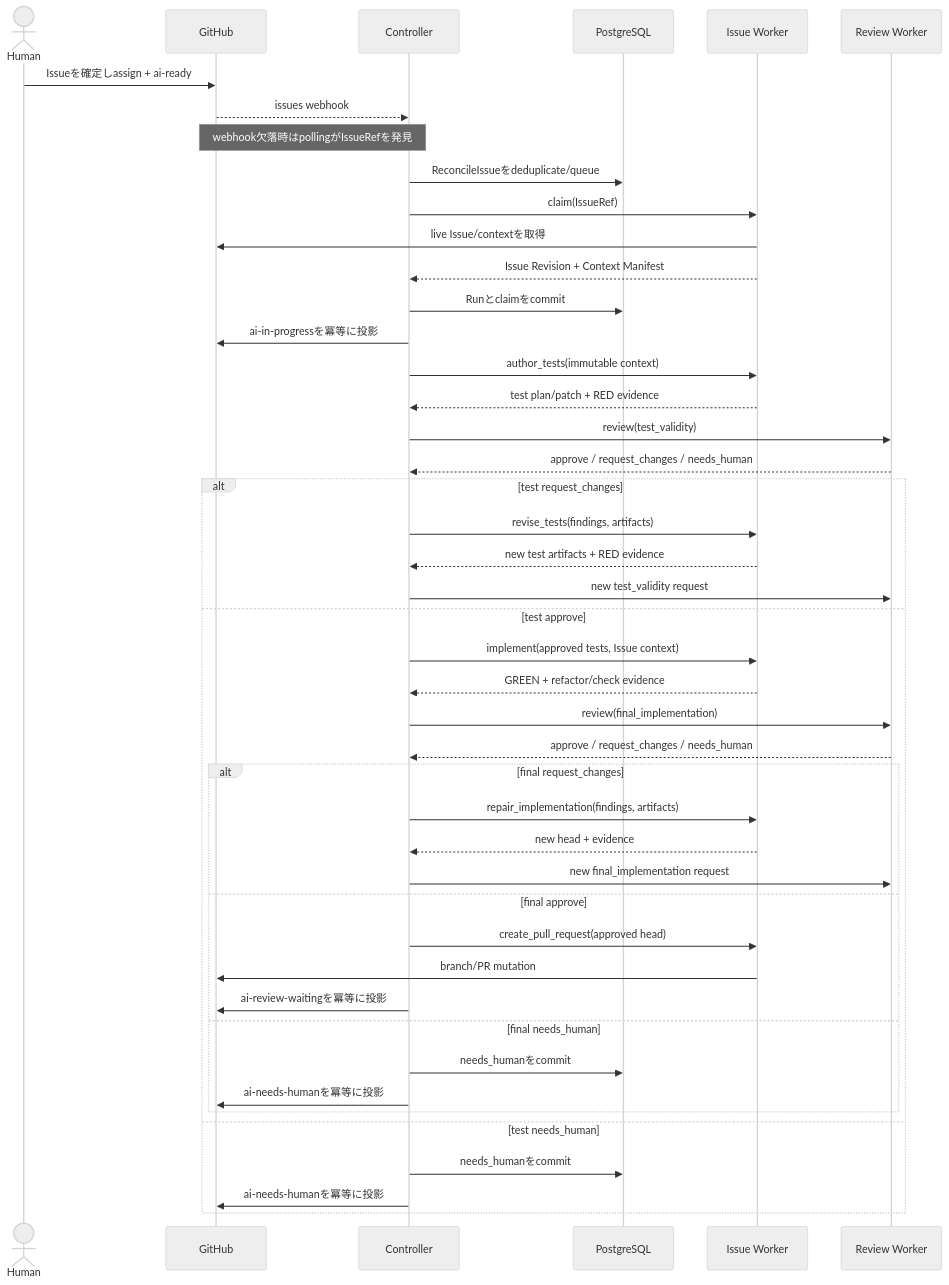
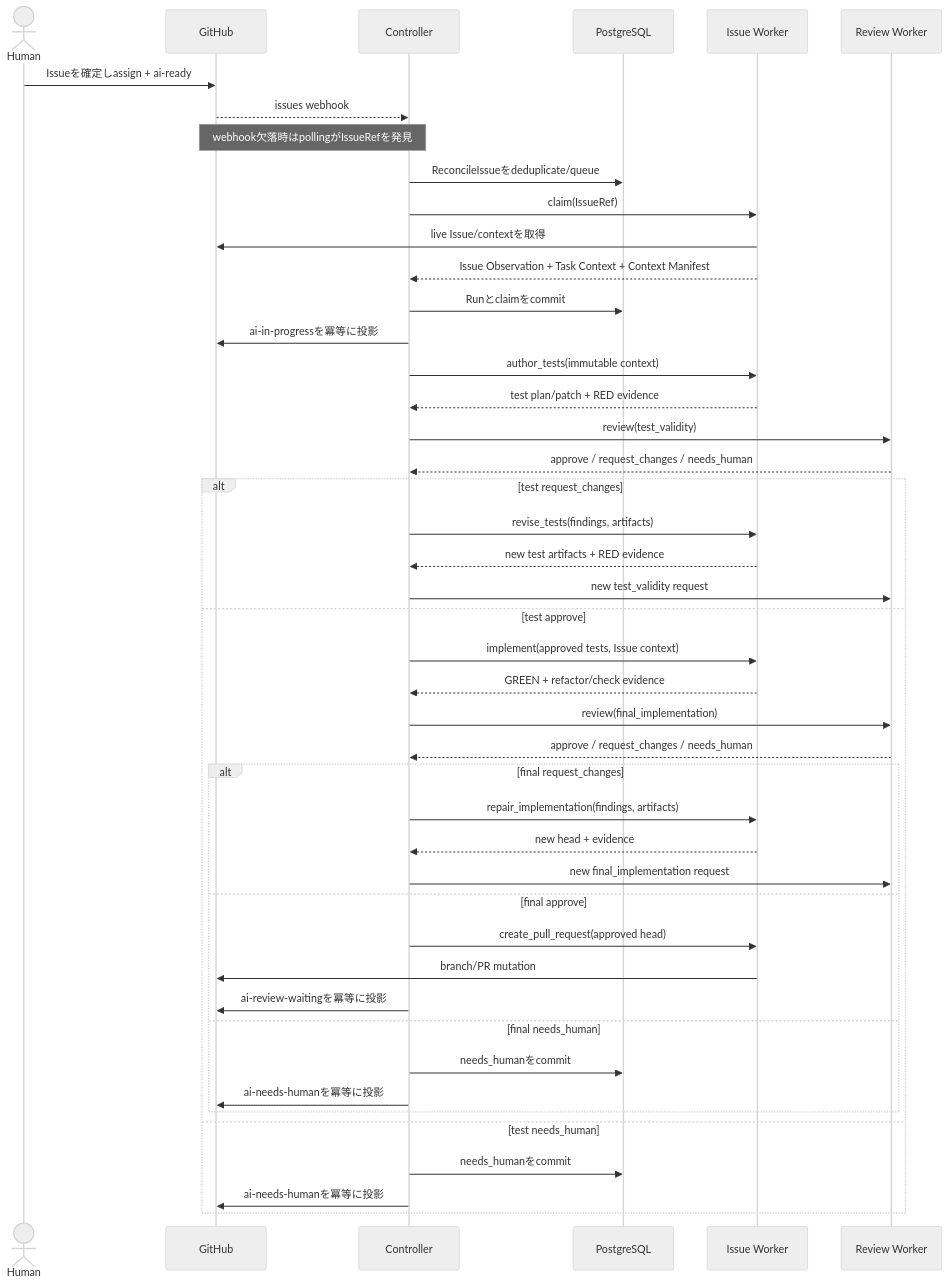
One commit to mrbaron3/kudo changed the first of 2 diagrams in docs/workflow.md. Above: the diagram before and after it, drawn with Mermaid (neutral theme). The commit also changed other lines of this file and 29 other files, not shown here.

````diff
--- a/docs/workflow.md
+++ b/docs/workflow.md
@@ -31,48 +31,48 @@
 ```mermaid
 sequenceDiagram
     actor H as Human
     participant GH as GitHub
     participant C as Controller
     participant DB as PostgreSQL
     participant IW as Issue Worker
     participant RW as Review Worker
 
     H->>GH: Issueを確定しassign + ai-ready
     GH-->>C: issues webhook
     Note over C,GH: webhook欠落時はpollingがIssueRefを発見
     C->>DB: ReconcileIssueをdeduplicate/queue
     C->>IW: claim(IssueRef)
     IW->>GH: live Issue/contextを取得
-    IW-->>C: Issue Revision + Context Manifest
+    IW-->>C: Issue Observation + Task Context + Context Manifest
     C->>DB: Runとclaimをcommit
     C->>GH: ai-in-progressを冪等に投影
     C->>IW: author_tests(immutable context)
     IW-->>C: test plan/patch + RED evidence
     C->>RW: review(test_validity)
     RW-->>C: approve / request_changes / needs_human
     alt test request_changes
         C->>IW: revise_tests(findings, artifacts)
         IW-->>C: new test artifacts + RED evidence
         C->>RW: new test_validity request
     else test approve
         C->>IW: implement(approved tests, Issue context)
         IW-->>C: GREEN + refactor/check evidence
         C->>RW: review(final_implementation)
         RW-->>C: approve / request_changes / needs_human
         alt final request_changes
             C->>IW: repair_implementation(findings, artifacts)
             IW-->>C: new head + evidence
             C->>RW: new final_implementation request
         else final approve
             C->>IW: create_pull_request(approved head)
             IW->>GH: branch/PR mutation
             C->>GH: ai-review-waitingを冪等に投影
         else final needs_human
             C->>DB: needs_humanをcommit
             C->>GH: ai-needs-humanを冪等に投影
         end
     else test needs_human
         C->>DB: needs_humanをcommit
         C->>GH: ai-needs-humanを冪等に投影
     end
 ```
````
